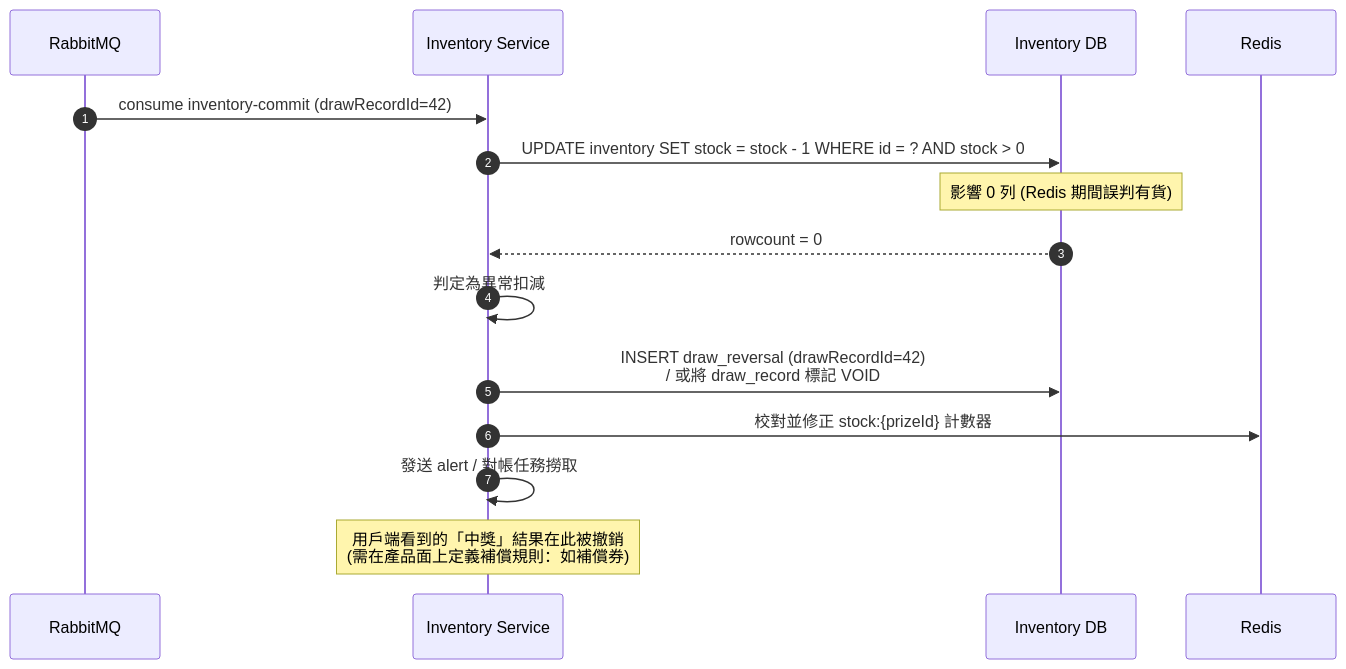
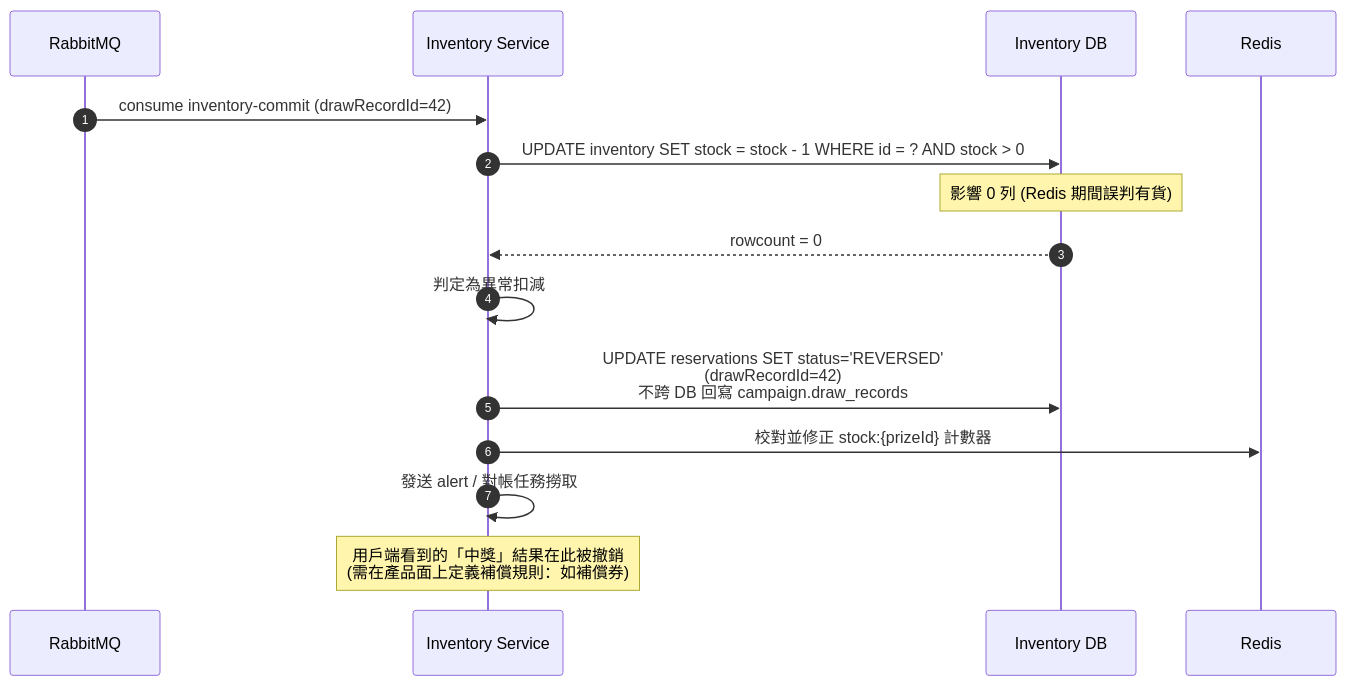
Before and after one commit to jjyung/lucky-draw-system: the fourth of 4 diagrams in docs/architecture/draw-flow.md, drawn with Mermaid. The commit also changed other lines of this file and 12 other files, not shown here.

````diff
--- a/docs/architecture/draw-flow.md
+++ b/docs/architecture/draw-flow.md
@@ -122,18 +122,18 @@
 ```mermaid
 sequenceDiagram
     autonumber
     participant MQ as RabbitMQ
     participant INV as Inventory Service
     participant DB as Inventory DB
     participant R as Redis
 
     MQ->>INV: consume inventory-commit (drawRecordId=42)
     INV->>DB: UPDATE inventory SET stock = stock - 1 WHERE id = ? AND stock > 0
     Note over DB: 影響 0 列 (Redis 期間誤判有貨)
     DB-->>INV: rowcount = 0
     INV->>INV: 判定為異常扣減
-    INV->>DB: INSERT draw_reversal (drawRecordId=42)<br/>/ 或將 draw_record 標記 VOID
+    INV->>DB: UPDATE reservations SET status='REVERSED'<br/>(drawRecordId=42)<br/>不跨 DB 回寫 campaign.draw_records
     INV->>R: 校對並修正 stock:{prizeId} 計數器
     INV->>INV: 發送 alert / 對帳任務撈取
     Note over INV: 用戶端看到的「中獎」結果在此被撤銷<br/>(需在產品面上定義補償規則：如補償券)
 ```
````
